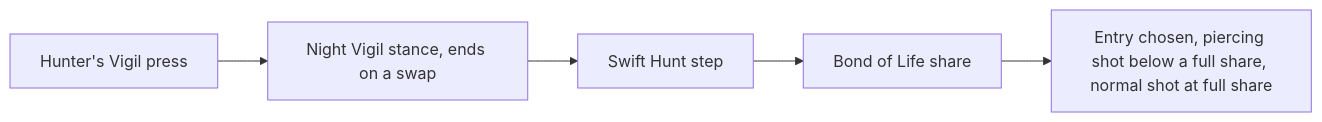
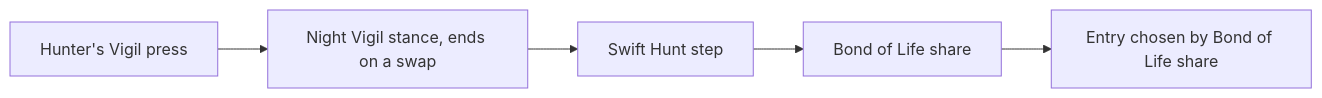
One commit to Esposter/Esposter changed the diagram in openspec/specs/genshin/kits/clorinde/design.md. Above: the diagram before and after it, drawn with Mermaid. The commit also changed other lines of this file and 15 other files, not shown here.

````diff
--- a/openspec/specs/genshin/kits/clorinde/design.md
+++ b/openspec/specs/genshin/kits/clorinde/design.md
@@ -7,7 +7,7 @@
 ```mermaid
 flowchart LR
   A["Hunter's Vigil press"] --> B["Night Vigil stance, ends on a swap"]
   B --> C["Swift Hunt step"]
   C --> D["Bond of Life share"]
-  D --> E["Entry chosen, piercing shot below a full share, normal shot at full share"]
+  D --> E["Entry chosen by Bond of Life share"]
 ```
````
